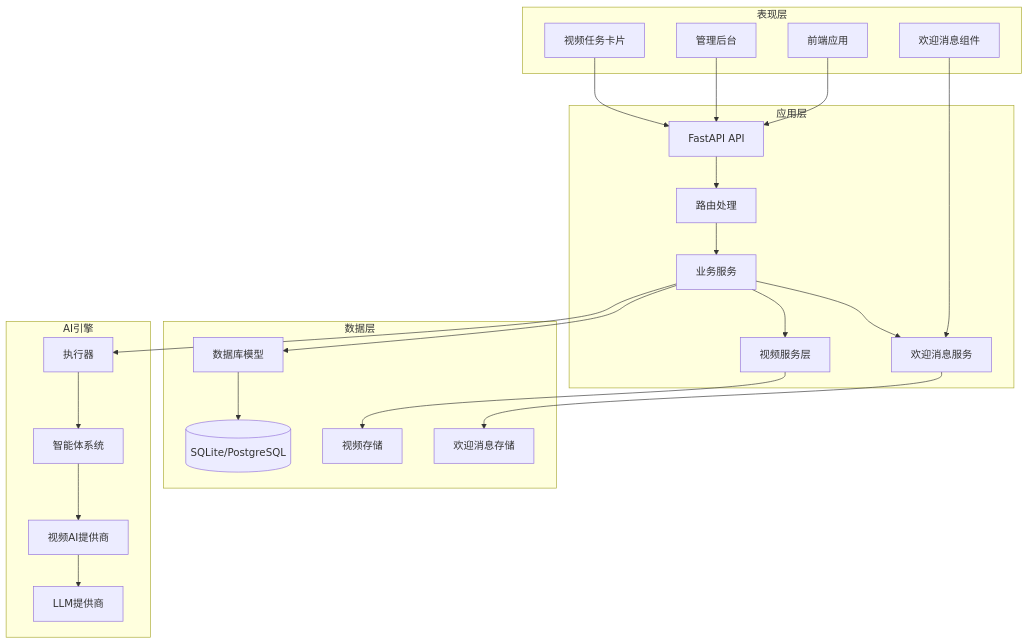
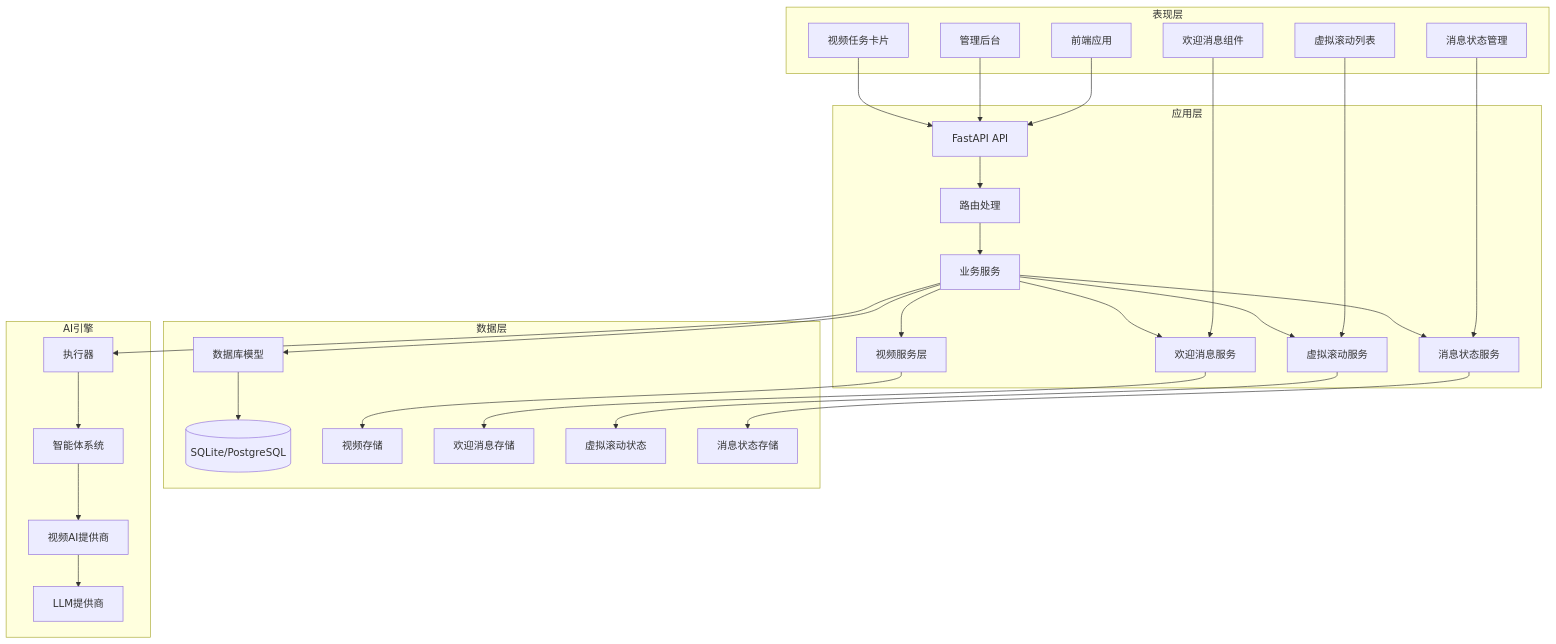
One commit to KunLabAI/KunFlix changed the fourth of 26 diagrams in .qoder/repowiki/zh/content/前端应用架构/状态管理/Zustand Store 设计/增强的AI助手存储.md. Above: the diagram before and after it, drawn with Mermaid. The commit also changed other lines of this file and 22 other files, not shown here.

````diff
--- a/.qoder/repowiki/zh/content/前端应用架构/状态管理/Zustand Store 设计/增强的AI助手存储.md
+++ b/.qoder/repowiki/zh/content/前端应用架构/状态管理/Zustand Store 设计/增强的AI助手存储.md
@@ -238,44 +256,56 @@
 ```mermaid
 graph TB
 subgraph "表现层"
 FE[前端应用]
 ADMIN[管理后台]
 VIDEO_CARD[视频任务卡片]
 WELCOME[欢迎消息组件]
+VIRTUAL_LIST[虚拟滚动列表]
+MESSAGE_STATUS[消息状态管理]
 end
 subgraph "应用层"
 API[FastAPI API]
 ROUTERS[路由处理]
 SERVICES[业务服务]
 VIDEO_SERVICES[视频服务层]
 WELCOME_SERVICE[欢迎消息服务]
+VIRTUAL_SERVICE[虚拟滚动服务]
+MESSAGE_SERVICE[消息状态服务]
 end
 subgraph "数据层"
 MODELS[数据库模型]
 DB[(SQLite/PostgreSQL)]
 VIDEOS[视频存储]
 WELCOMES[欢迎消息存储]
+VIRTUAL_STORAGE[虚拟滚动状态]
+MESSAGE_STORAGE[消息状态存储]
 end
 subgraph "AI引擎"
 AGENTS[智能体系统]
 EXECUTOR[执行器]
 PROVIDERS[LLM提供商]
 VIDEO_PROVIDERS[视频AI提供商]
 end
 FE --> API
 ADMIN --> API
 VIDEO_CARD --> API
 WELCOME --> WELCOME_SERVICE
+VIRTUAL_LIST --> VIRTUAL_SERVICE
+MESSAGE_STATUS --> MESSAGE_SERVICE
 API --> ROUTERS
 ROUTERS --> SERVICES
 SERVICES --> MODELS
 SERVICES --> VIDEO_SERVICES
 SERVICES --> WELCOME_SERVICE
+SERVICES --> VIRTUAL_SERVICE
+SERVICES --> MESSAGE_SERVICE
 VIDEO_SERVICES --> VIDEOS
 WELCOME_SERVICE --> WELCOMES
+VIRTUAL_SERVICE --> VIRTUAL_STORAGE
+MESSAGE_SERVICE --> MESSAGE_STORAGE
 MODELS --> DB
 SERVICES --> EXECUTOR
 EXECUTOR --> AGENTS
 AGENTS --> VIDEO_PROVIDERS
 VIDEO_PROVIDERS --> PROVIDERS
 ```
````
